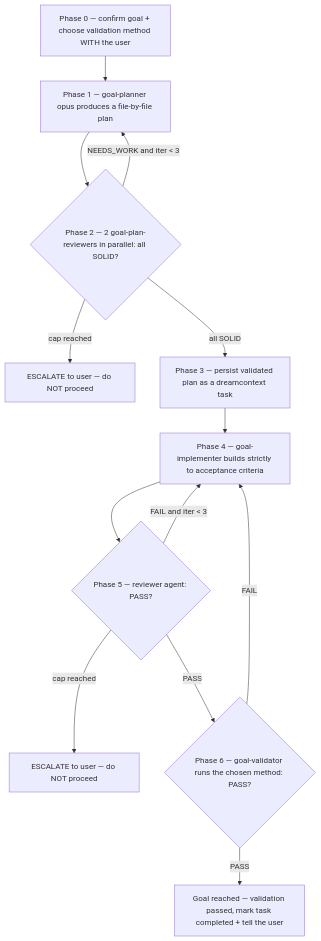
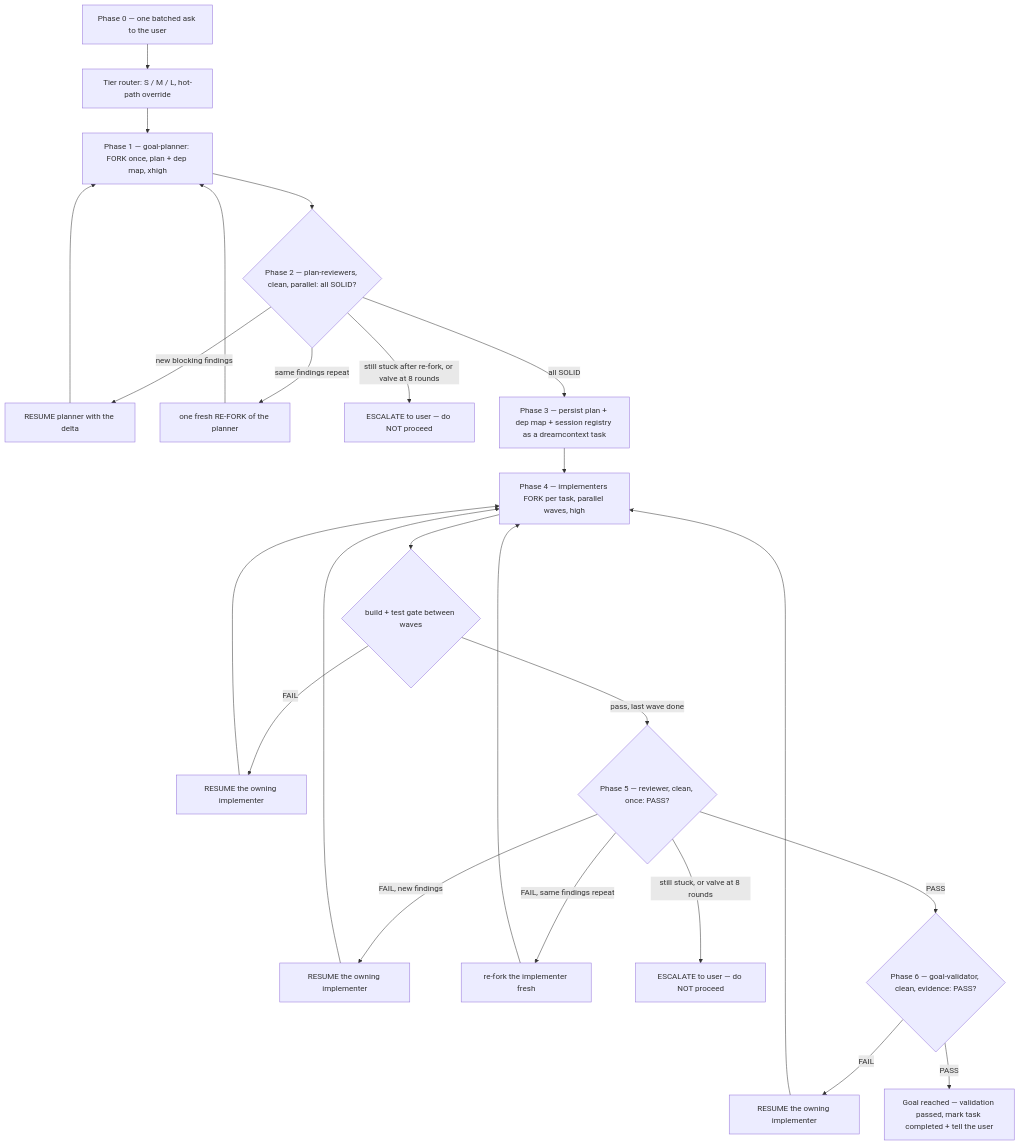
Before and after one commit to Sepi0l-brd/dreamcontext: the diagram in skill-packs/goal-skill/SKILL.md, drawn with Mermaid. The commit also changed other lines of this file and 13 other files, not shown here.

````diff
--- a/skill-packs/goal-skill/SKILL.md
+++ b/skill-packs/goal-skill/SKILL.md
@@ -54,15 +151,26 @@
 ```mermaid
 flowchart TD
-    P0[Phase 0 — confirm goal + choose validation method WITH the user] --> P1[Phase 1 — goal-planner opus produces a file-by-file plan]
-    P1 --> P2{Phase 2 — 2 goal-plan-reviewers in parallel: all SOLID?}
-    P2 -->|NEEDS_WORK and iter < 3| P1
-    P2 -->|cap reached| ESC1[ESCALATE to user — do NOT proceed]
-    P2 -->|all SOLID| P3[Phase 3 — persist validated plan as a dreamcontext task]
-    P3 --> P4[Phase 4 — goal-implementer builds strictly to acceptance criteria]
-    P4 --> P5{Phase 5 — reviewer agent: PASS?}
-    P5 -->|FAIL and iter < 3| P4
-    P5 -->|cap reached| ESC2[ESCALATE to user — do NOT proceed]
-    P5 -->|PASS| P6{Phase 6 — goal-validator runs the chosen method: PASS?}
-    P6 -->|FAIL| P4
+    P0[Phase 0 — one batched ask to the user] --> PT[Tier router: S / M / L, hot-path override]
+    PT --> P1[Phase 1 — goal-planner: FORK once, plan + dep map, xhigh]
+    P1 --> P2{Phase 2 — plan-reviewers, clean, parallel: all SOLID?}
+    P2 -->|new blocking findings| R1[RESUME planner with the delta]
+    R1 --> P1
+    P2 -->|same findings repeat| RF1[one fresh RE-FORK of the planner]
+    RF1 --> P1
+    P2 -->|still stuck after re-fork, or valve at 8 rounds| ESC1[ESCALATE to user — do NOT proceed]
+    P2 -->|all SOLID| P3[Phase 3 — persist plan + dep map + session registry as a dreamcontext task]
+    P3 --> P4[Phase 4 — implementers FORK per task, parallel waves, high]
+    P4 --> GATE{build + test gate between waves}
+    GATE -->|FAIL| R2[RESUME the owning implementer]
+    R2 --> P4
+    GATE -->|pass, last wave done| P5{Phase 5 — reviewer, clean, once: PASS?}
+    P5 -->|FAIL, new findings| R3[RESUME the owning implementer]
+    R3 --> P4
+    P5 -->|FAIL, same findings repeat| RF2[re-fork the implementer fresh]
+    RF2 --> P4
+    P5 -->|still stuck, or valve at 8 rounds| ESC2[ESCALATE to user — do NOT proceed]
+    P5 -->|PASS| P6{Phase 6 — goal-validator, clean, evidence: PASS?}
+    P6 -->|FAIL| R4[RESUME the owning implementer]
+    R4 --> P4
     P6 -->|PASS| DONE[Goal reached — validation passed, mark task completed + tell the user]
 ```
````
